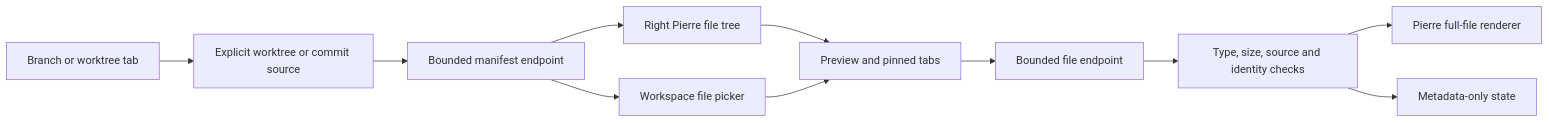
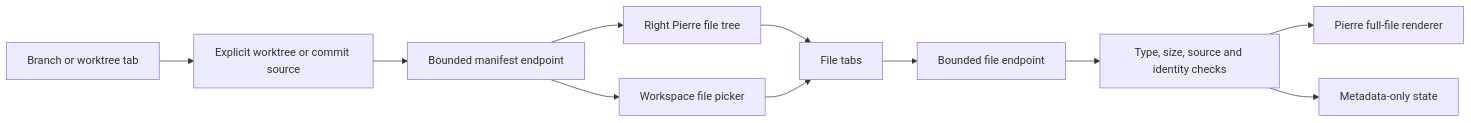
One commit to zsh-eng/workbench changed the diagram in apps/med/docs/FILE_BROWSING.md. Above: the diagram before and after it, drawn with Mermaid. The commit also changed other lines of this file and 15 other files, not shown here.

First line of the commit message:
fix(med): each file that opens keeps its tab; no preview tabs

````diff
--- a/apps/med/docs/FILE_BROWSING.md
+++ b/apps/med/docs/FILE_BROWSING.md
@@ -69,13 +69,13 @@
 ```mermaid
 flowchart LR
   Workspace[Branch or worktree tab] --> Source[Explicit worktree or commit source]
   Source --> List[Bounded manifest endpoint]
   List --> Tree[Right Pierre file tree]
   List --> Picker[Workspace file picker]
-  Tree --> Tabs[Preview and pinned tabs]
+  Tree --> Tabs[File tabs]
   Picker --> Tabs
   Tabs --> Read[Bounded file endpoint]
   Read --> Check[Type, size, source and identity checks]
   Check --> Text[Pierre full-file renderer]
   Check --> Metadata[Metadata-only state]
 ```
````
